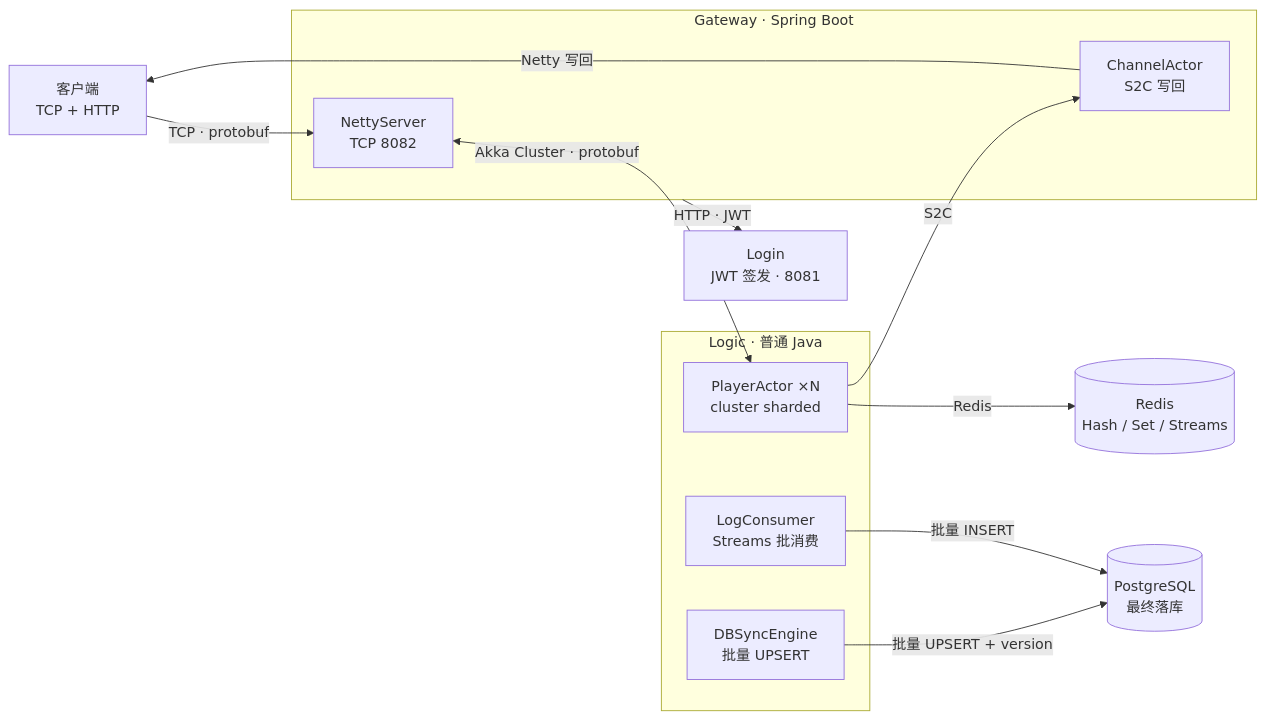
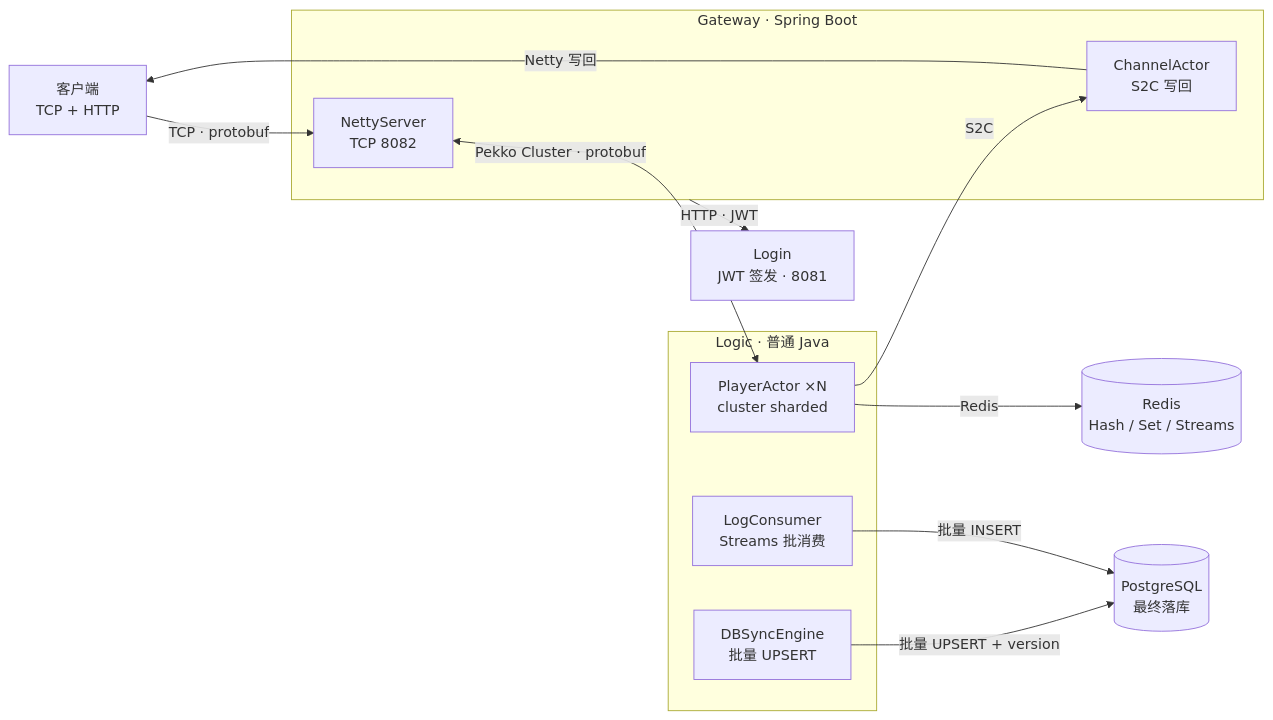
One commit to xunsang2022/xs-net changed the diagram in ARCHITECTURE.md. Above: the diagram before and after it, drawn with Mermaid. The commit also changed other lines of this file and 178 other files, not shown here.

````diff
--- a/ARCHITECTURE.md
+++ b/ARCHITECTURE.md
@@ -8,29 +8,29 @@
 ```mermaid
 flowchart LR
     Client[客户端\nTCP + HTTP]
 
     subgraph GW[Gateway · Spring Boot]
         Netty[NettyServer\nTCP 8082]
         Channel[ChannelActor\nS2C 写回]
     end
 
     Login[Login\nJWT 签发 · 8081]
 
     subgraph LogicNode[Logic · 普通 Java]
         Player[PlayerActor ×N\ncluster sharded]
         DBSync[DBSyncEngine\n批量 UPSERT]
         LogC[LogConsumer\nStreams 批消费]
     end
 
     Redis[(Redis\nHash / Set / Streams)]
     PG[(PostgreSQL\n最终落库)]
 
     Client -- "TCP · protobuf" --> Netty
     Channel -- "Netty 写回" --> Client
     GW -- "HTTP · JWT" --> Login
-    Netty <-- "Akka Cluster · protobuf" --> Player
+    Netty <-- "Pekko Cluster · protobuf" --> Player
     Player -- "S2C" --> Channel
     Player -- "Redis" --> Redis
     DBSync -- "批量 UPSERT + version" --> PG
     LogC -- "批量 INSERT" --> PG
 ```
````
